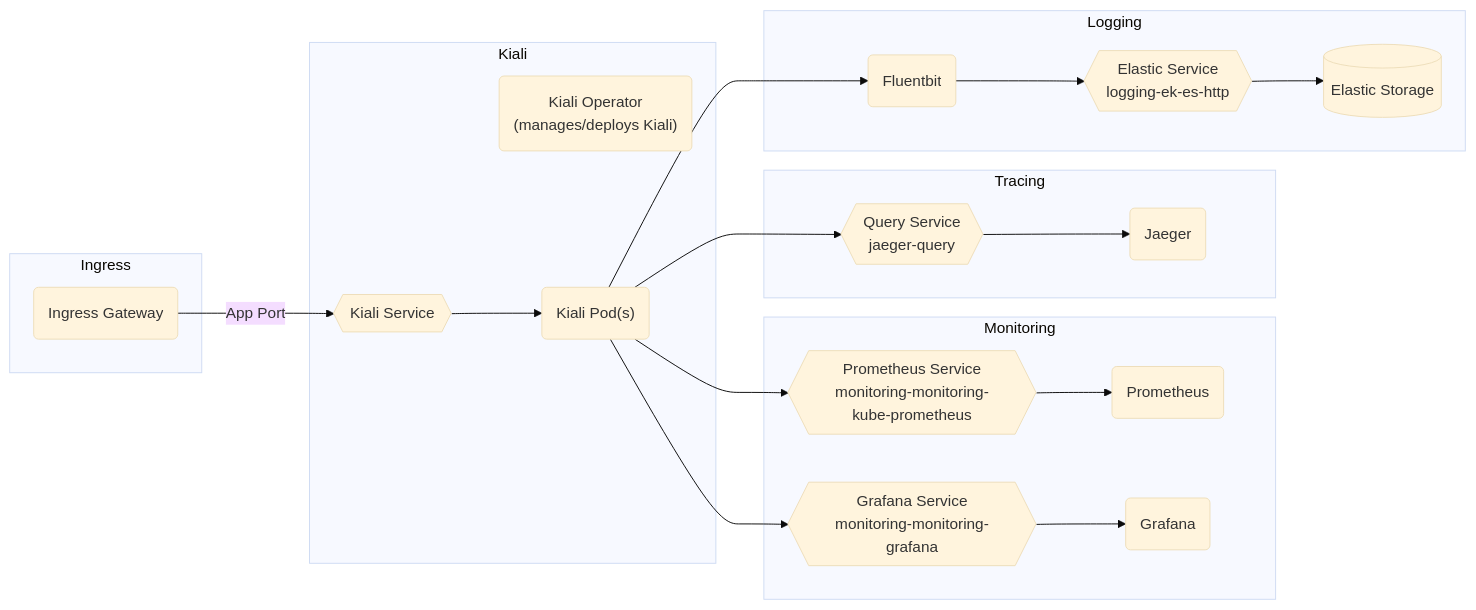
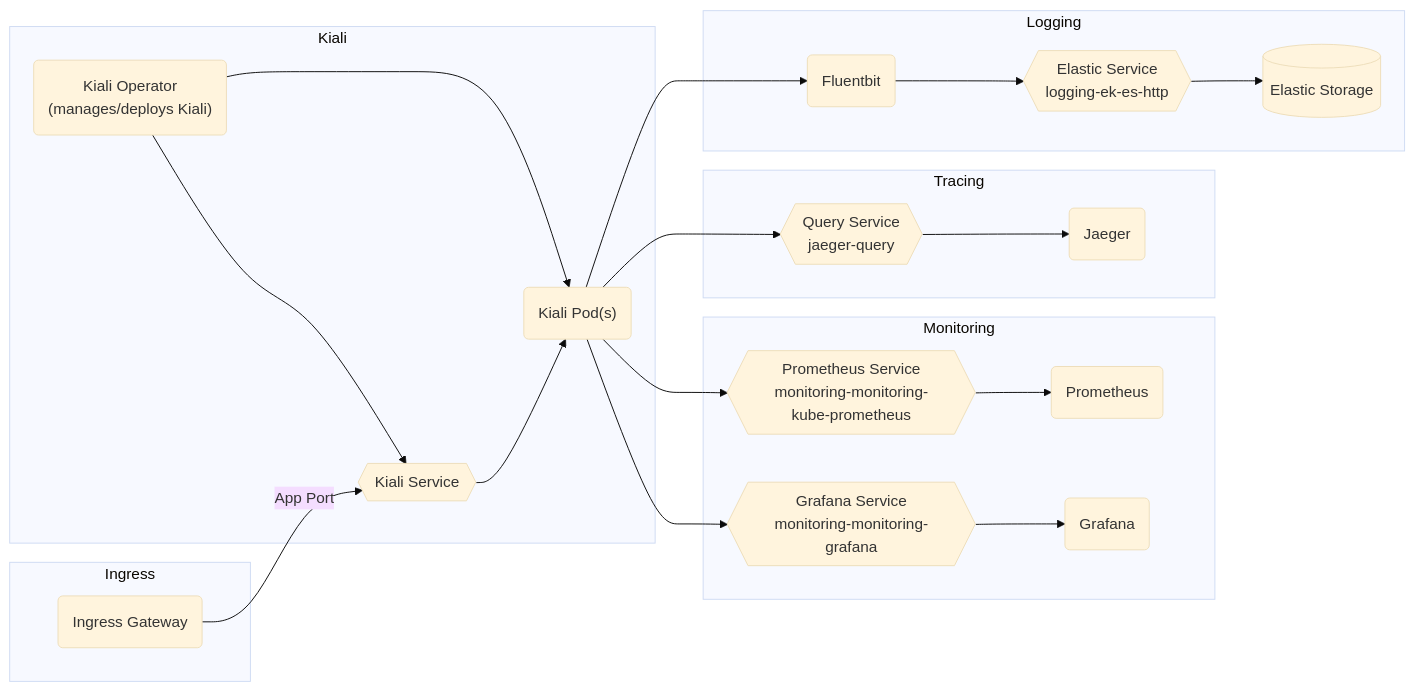
One commit to rjferguson21/big-bang changed the diagram in charter/packages/kiali/Architecture.md. Above: the diagram before and after it, drawn with Mermaid (base theme).

````diff
--- a/charter/packages/kiali/Architecture.md
+++ b/charter/packages/kiali/Architecture.md
@@ -11,27 +11,27 @@
 ```mermaid
 graph LR
   subgraph "Kiali"    
     Operator("Kiali Operator<br />(manages/deploys Kiali)")
-    Kialipods("Kiali Pod(s)")
-    kialiservice{{Kiali Service}} --> Kialipods("Kiali Pod(s)")
+    Operator("Kiali Operator<br />(manages/deploys Kiali)") --> Kialipods("Kiali Pod(s)")
+    Operator("Kiali Operator<br />(manages/deploys Kiali)") --> kialiservice{{Kiali Service}} --> Kialipods("Kiali Pod(s)")
     
   end      
 
   subgraph "Ingress"
     ig(Ingress Gateway) --"App Port"--> kialiservice
   end
 
   subgraph "Monitoring"
     Kialipods("Kiali Pod(s)") --> prometheusservice{{Prometheus Service<br />monitoring-monitoring-kube-prometheus}} --> Prometheus("Prometheus")
     Kialipods("Kiali Pod(s)") --> grafanaservice{{Grafana Service<br />monitoring-monitoring-grafana}} --> Grafana("Grafana")
   end
 
   subgraph "Tracing"
     Kialipods("Kiali Pod(s)") --> queryservice{{Query Service<br />jaeger-query}} --> jaeger(Jaeger)
   end
 
   subgraph "Logging"
     Kialipods("Kiali Pod(s)") --> fluent(Fluentbit) --> logging-ek-es-http
     logging-ek-es-http{{Elastic Service<br />logging-ek-es-http}} --> elastic[(Elastic Storage)]
   end
 ```
````
